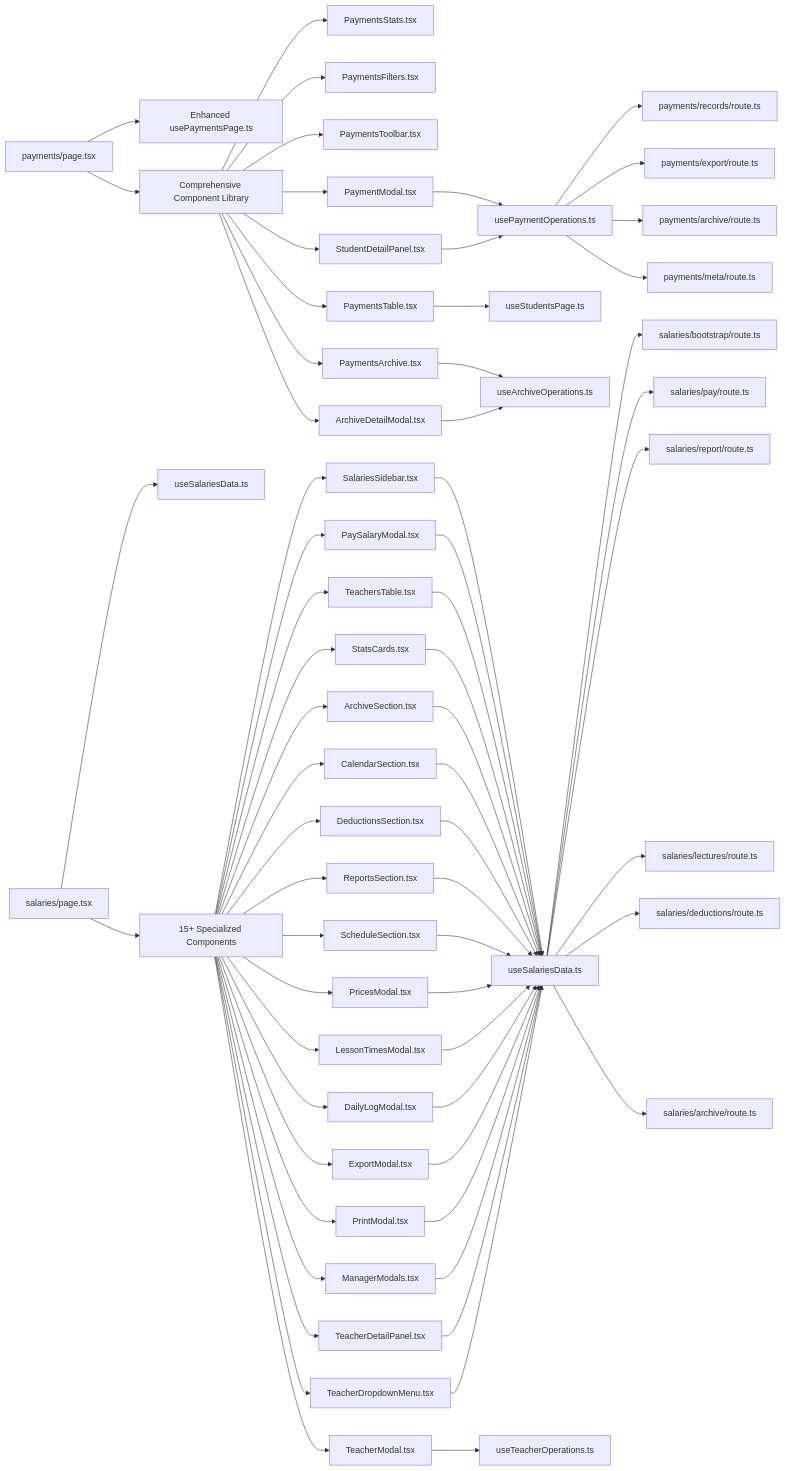
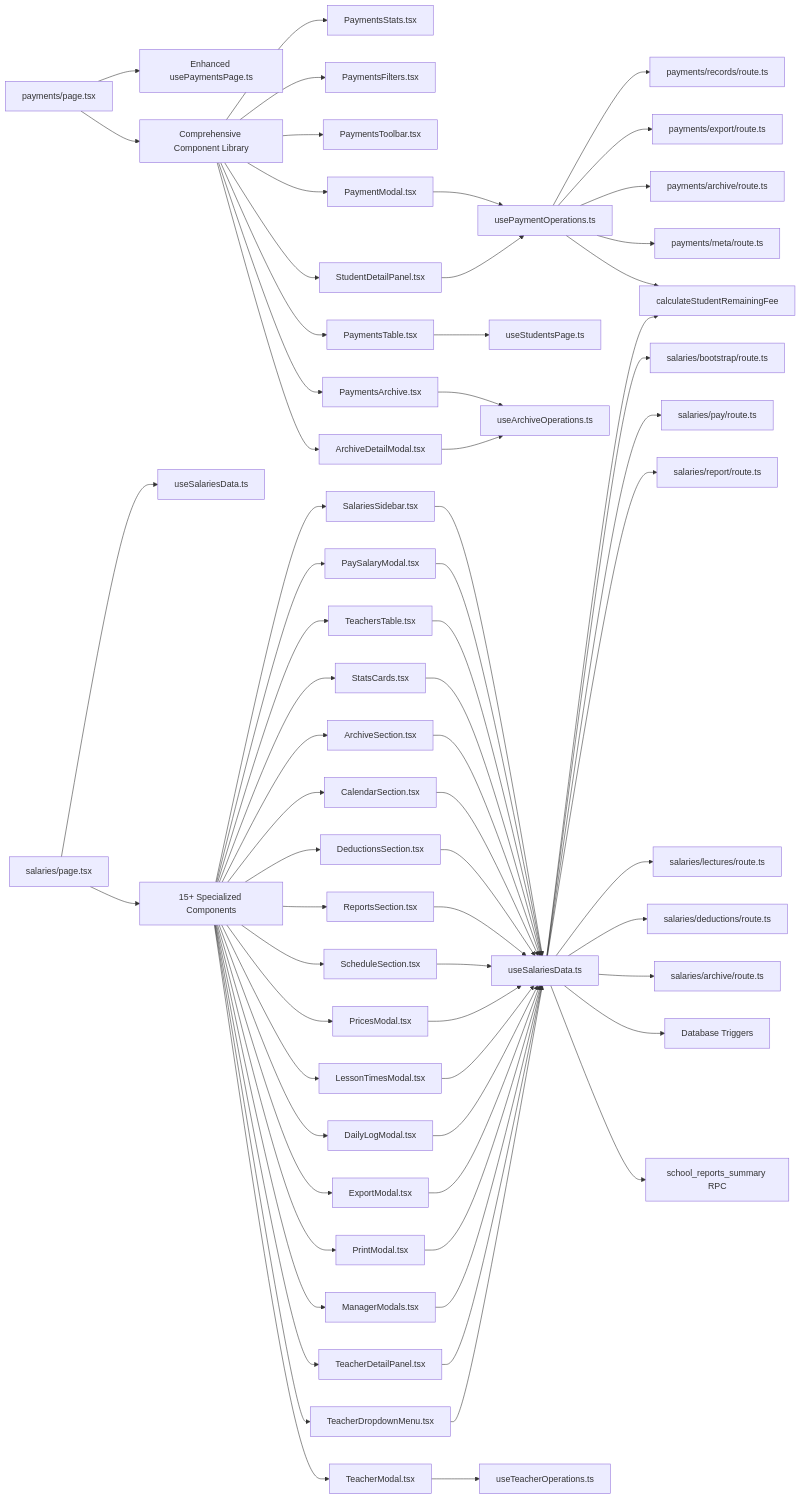
One commit to mustafaalkusaj/appschoolmustafa2002 changed the fifth of 5 diagrams in .qoder/repowiki/en/content/Financial Operations/Financial Operations.md. Above: the diagram before and after it, drawn with Mermaid. The commit also changed other lines of this file and 277 other files, not shown here.

Commit message:
Comprehensive polish: dashboard enhancements, payments/salaries/students/super-admin improvements, new UI components (badge, tabs, etc.), Figma handoff docs, redesign audits, tests, i18n, lib updates, performance reports

````diff
--- a/.qoder/repowiki/en/content/Financial Operations/Financial Operations.md
+++ b/.qoder/repowiki/en/content/Financial Operations/Financial Operations.md
@@ -715,66 +850,70 @@
 ```mermaid
 graph LR
 P_MAIN["payments/page.tsx"] --> HOOKS["Enhanced usePaymentsPage.ts"]
 P_MAIN --> COMPONENTS["Comprehensive Component Library"]
 S_MAIN["salaries/page.tsx"] --> SALARIES_HOOKS["useSalariesData.ts"]
 S_MAIN --> SALARIES_COMPONENTS["15+ Specialized Components"]
 COMPONENTS --> STATS["PaymentsStats.tsx"]
 COMPONENTS --> FILTERS["PaymentsFilters.tsx"]
 COMPONENTS --> TOOLBAR["PaymentsToolbar.tsx"]
 COMPONENTS --> TABLE["PaymentsTable.tsx"]
 COMPONENTS --> MODAL["PaymentModal.tsx"]
 COMPONENTS --> DETAIL["StudentDetailPanel.tsx"]
 COMPONENTS --> ARCHIVE["PaymentsArchive.tsx"]
 COMPONENTS --> ARCH_DETAIL["ArchiveDetailModal.tsx"]
 SALARIES_COMPONENTS --> S_STATS["StatsCards.tsx"]
 SALARIES_COMPONENTS --> S_TABLE["TeachersTable.tsx"]
 SALARIES_COMPONENTS --> S_SIDEBAR["SalariesSidebar.tsx"]
 SALARIES_COMPONENTS --> S_ARCHIVE["ArchiveSection.tsx"]
 SALARIES_COMPONENTS --> S_CALENDAR["CalendarSection.tsx"]
 SALARIES_COMPONENTS --> S_DEDUCTIONS["DeductionsSection.tsx"]
 SALARIES_COMPONENTS --> S_REPORTS["ReportsSection.tsx"]
 SALARIES_COMPONENTS --> S_SCHEDULE["ScheduleSection.tsx"]
 SALARIES_COMPONENTS --> S_PRICES["PricesModal.tsx"]
 SALARIES_COMPONENTS --> S_LESSON_TIMES["LessonTimesModal.tsx"]
 SALARIES_COMPONENTS --> S_DAILY_LOG["DailyLogModal.tsx"]
 SALARIES_COMPONENTS --> S_EXPORT["ExportModal.tsx"]
 SALARIES_COMPONENTS --> S_PRINT["PrintModal.tsx"]
 SALARIES_COMPONENTS --> S_MANAGER["ManagerModals.tsx"]
 SALARIES_COMPONENTS --> S_PAY["PaySalaryModal.tsx"]
 SALARIES_COMPONENTS --> S_DETAIL["TeacherDetailPanel.tsx"]
 SALARIES_COMPONENTS --> S_DROPDOWN["TeacherDropdownMenu.tsx"]
 SALARIES_COMPONENTS --> S_TEACHER["TeacherModal.tsx"]
 MODAL --> HOOK_PAYMENTS["usePaymentOperations.ts"]
 TABLE --> HOOK_STUDENTS["useStudentsPage.ts"]
 DETAIL --> HOOK_PAYMENTS
 ARCHIVE --> HOOK_ARCHIVE["useArchiveOperations.ts"]
 ARCH_DETAIL --> HOOK_ARCHIVE
 S_SIDEBAR --> HOOK_SALARIES["useSalariesData.ts"]
 S_PAY --> HOOK_SALARIES
 S_TABLE --> HOOK_SALARIES
 S_STATS --> HOOK_SALARIES
 S_ARCHIVE --> HOOK_SALARIES
 S_CALENDAR --> HOOK_SALARIES
 S_DEDUCTIONS --> HOOK_SALARIES
 S_REPORTS --> HOOK_SALARIES
 S_SCHEDULE --> HOOK_SALARIES
 S_PRICES --> HOOK_SALARIES
 S_LESSON_TIMES --> HOOK_SALARIES
 S_DAILY_LOG --> HOOK_SALARIES
 S_EXPORT --> HOOK_SALARIES
 S_PRINT --> HOOK_SALARIES
 S_MANAGER --> HOOK_SALARIES
 S_DETAIL --> HOOK_SALARIES
 S_DROPDOWN --> HOOK_SALARIES
 S_TEACHER --> HOOK_TEACHER["useTeacherOperations.ts"]
 HOOK_SALARIES --> API_SALARY_BOOTSTRAP["salaries/bootstrap/route.ts"]
 HOOK_SALARIES --> API_SALARY_PAY["salaries/pay/route.ts"]
 HOOK_SALARIES --> API_SALARY_REPORT["salaries/report/route.ts"]
 HOOK_SALARIES --> API_SALARY_LECTURES["salaries/lectures/route.ts"]
 HOOK_SALARIES --> API_SALARY_DEDUCTIONS["salaries/deductions/route.ts"]
 HOOK_SALARIES --> API_SALARY_ARCHIVE["salaries/archive/route.ts"]
 HOOK_PAYMENTS --> API_RECORDS["payments/records/route.ts"]
 HOOK_PAYMENTS --> API_EXPORT["payments/export/route.ts"]
 HOOK_PAYMENTS --> API_ARCHIVE["payments/archive/route.ts"]
 HOOK_PAYMENTS --> API_META["payments/meta/route.ts"]
+HOOK_PAYMENTS --> FINANCIALS["calculateStudentRemainingFee"]
+HOOK_SALARIES --> FINANCIALS
+HOOK_SALARIES --> TRIGGERS["Database Triggers"]
+HOOK_SALARIES --> REPORTS_RPC["school_reports_summary RPC"]
 ```
````
